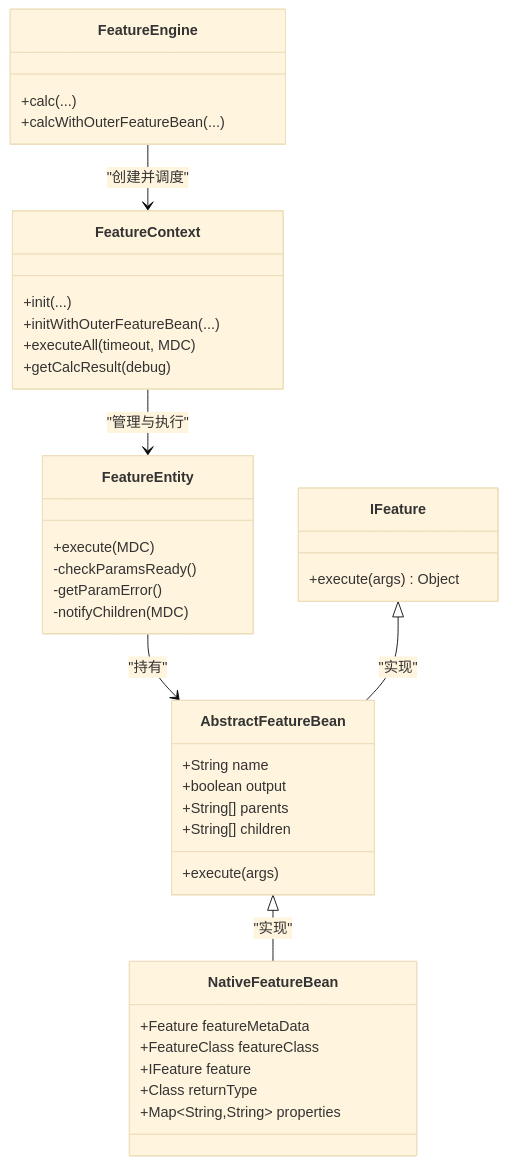
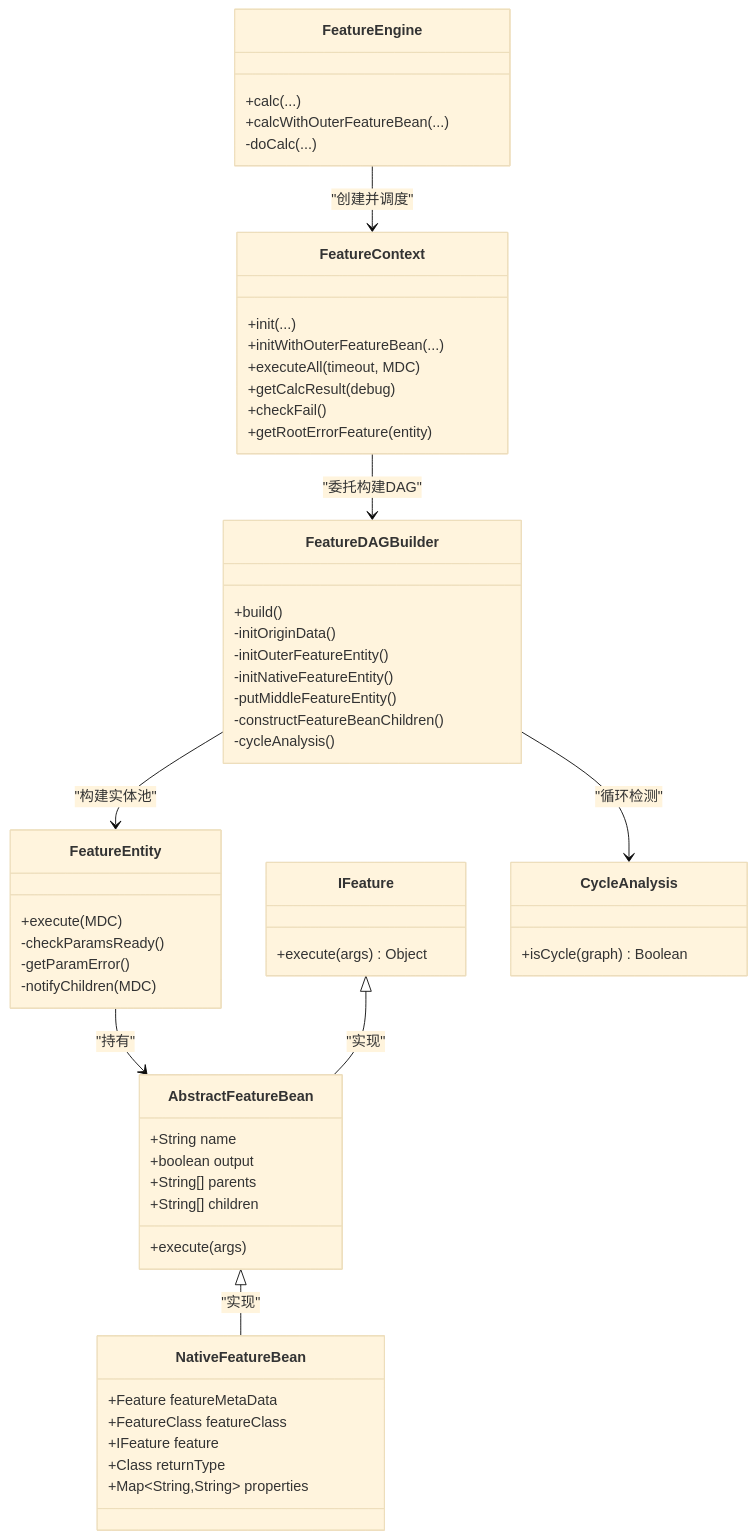
Before and after one commit to txzhanghuan/feature: the third of 3 diagrams in .qoder/repowiki/zh/content/API参考/API参考.md, drawn with Mermaid (base theme). The commit also changed other lines of this file and 7 other files, not shown here.

````diff
--- a/.qoder/repowiki/zh/content/API参考/API参考.md
+++ b/.qoder/repowiki/zh/content/API参考/API参考.md
@@ -330,41 +420,58 @@
 ```mermaid
 classDiagram
 class FeatureEngine {
 +calc(...)
 +calcWithOuterFeatureBean(...)
+-doCalc(...)
 }
 class FeatureContext {
 +init(...)
 +initWithOuterFeatureBean(...)
 +executeAll(timeout, MDC)
 +getCalcResult(debug)
++checkFail()
++getRootErrorFeature(entity)
+}
+class FeatureDAGBuilder {
++build()
+-initOriginData()
+-initOuterFeatureEntity()
+-initNativeFeatureEntity()
+-putMiddleFeatureEntity()
+-constructFeatureBeanChildren()
+-cycleAnalysis()
 }
 class FeatureEntity {
 +execute(MDC)
 -checkParamsReady()
 -getParamError()
 -notifyChildren(MDC)
 }
 class AbstractFeatureBean {
 +String name
 +boolean output
 +String[] parents
 +String[] children
 +execute(args)
 }
 class NativeFeatureBean {
 +Feature featureMetaData
 +FeatureClass featureClass
 +IFeature feature
 +Class returnType
 +Map~String,String~ properties
 }
 class IFeature {
 +execute(args) Object
 }
+class CycleAnalysis {
++isCycle(graph) Boolean
+}
 FeatureEngine --> FeatureContext : "创建并调度"
-FeatureContext --> FeatureEntity : "管理与执行"
+FeatureContext --> FeatureDAGBuilder : "委托构建DAG"
+FeatureDAGBuilder --> FeatureEntity : "构建实体池"
 FeatureEntity --> AbstractFeatureBean : "持有"
 AbstractFeatureBean <|-- NativeFeatureBean : "实现"
 IFeature <|-- AbstractFeatureBean : "实现"
+FeatureDAGBuilder --> CycleAnalysis : "循环检测"
 ```
````
